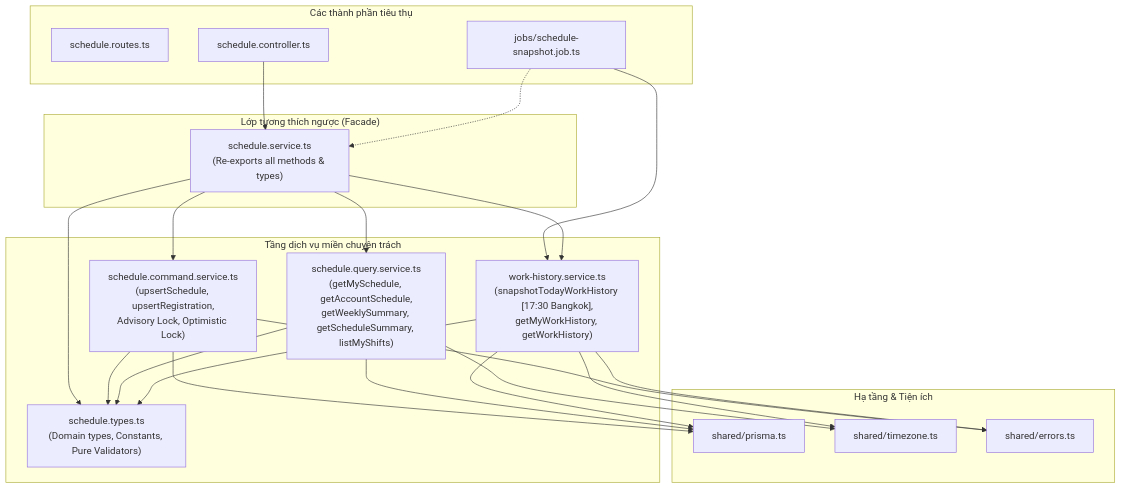
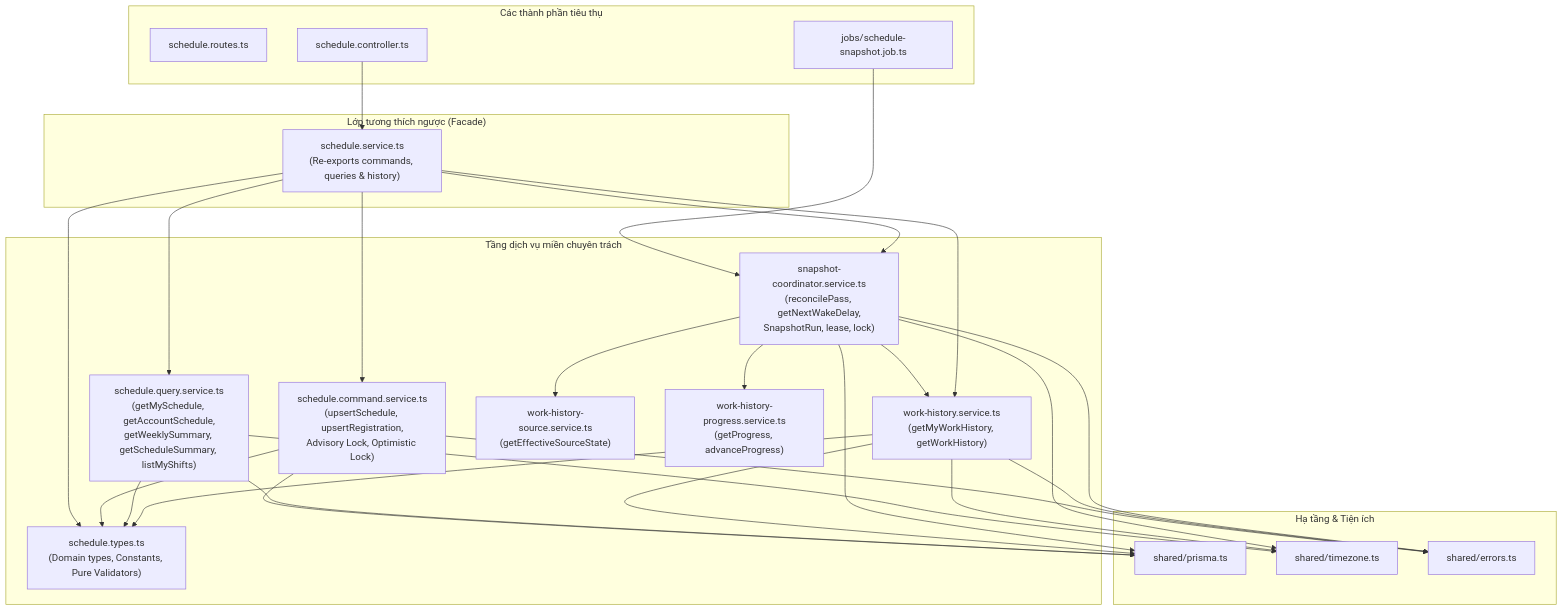
Before and after one commit to MINHDZVODICH/ctv-manage: the sixth of 8 diagrams in docs/ARCHITECTURE.md, drawn with Mermaid. The commit also changed other lines of this file and 5 other files, not shown here.

Commit message:
docs: synchronize architecture, database, recovery, api, and traceability (Phase 6)

````diff
--- a/docs/ARCHITECTURE.md
+++ b/docs/ARCHITECTURE.md
@@ -343,46 +353,56 @@
 ```mermaid
 flowchart TD
     subgraph Consumers["Các thành phần tiêu thụ"]
         Router["schedule.routes.ts"]
         Controller["schedule.controller.ts"]
         Job["jobs/schedule-snapshot.job.ts"]
     end
 
     subgraph FacadeLayer["Lớp tương thích ngược (Facade)"]
-        Facade["schedule.service.ts\n(Re-exports all methods & types)"]
+        Facade["schedule.service.ts\n(Re-exports commands, queries & history)"]
     end
 
     subgraph DomainServices["Tầng dịch vụ miền chuyên trách"]
         Types["schedule.types.ts\n(Domain types, Constants, Pure Validators)"]
         CommandSvc["schedule.command.service.ts\n(upsertSchedule, upsertRegistration,\nAdvisory Lock, Optimistic Lock)"]
         QuerySvc["schedule.query.service.ts\n(getMySchedule, getAccountSchedule,\ngetWeeklySummary, getScheduleSummary, listMyShifts)"]
-        HistorySvc["work-history.service.ts\n(snapshotTodayWorkHistory [17:30 Bangkok],\ngetMyWorkHistory, getWorkHistory)"]
+        HistorySvc["work-history.service.ts\n(getMyWorkHistory, getWorkHistory)"]
+        CoordSvc["snapshot-coordinator.service.ts\n(reconcilePass, getNextWakeDelay,\nSnapshotRun, lease, lock)"]
+        SourceSvc["work-history-source.service.ts\n(getEffectiveSourceState)"]
+        ProgSvc["work-history-progress.service.ts\n(getProgress, advanceProgress)"]
     end
 
     subgraph SharedInfra["Hạ tầng & Tiện ích"]
         PrismaClient["shared/prisma.ts"]
         TzUtils["shared/timezone.ts"]
         ErrUtils["shared/errors.ts"]
     end
 
     Controller --> Facade
-    Job --> HistorySvc
-    Job -.-> Facade
+    Job --> CoordSvc
+    CoordSvc --> SourceSvc
+    CoordSvc --> ProgSvc
+    CoordSvc --> HistorySvc
     Facade --> CommandSvc
     Facade --> QuerySvc
     Facade --> HistorySvc
+    Facade --> CoordSvc
     Facade --> Types
 
     CommandSvc --> Types
     CommandSvc --> PrismaClient
     CommandSvc --> ErrUtils
 
     QuerySvc --> Types
     QuerySvc --> PrismaClient
     QuerySvc --> TzUtils
 
     HistorySvc --> Types
     HistorySvc --> PrismaClient
     HistorySvc --> TzUtils
     HistorySvc --> ErrUtils
+
+    CoordSvc --> PrismaClient
+    CoordSvc --> TzUtils
+    CoordSvc --> ErrUtils
 ```
````
